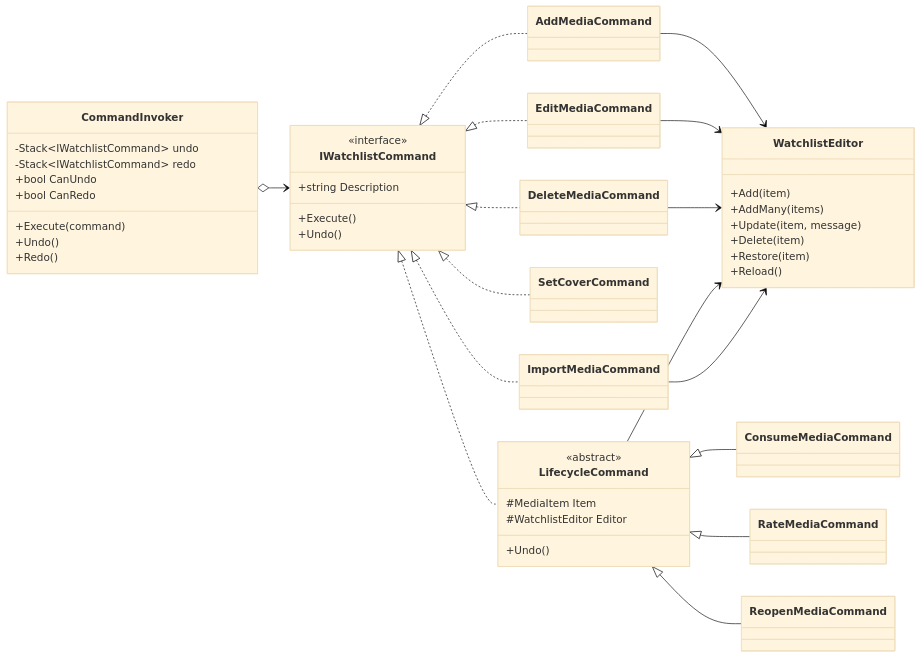
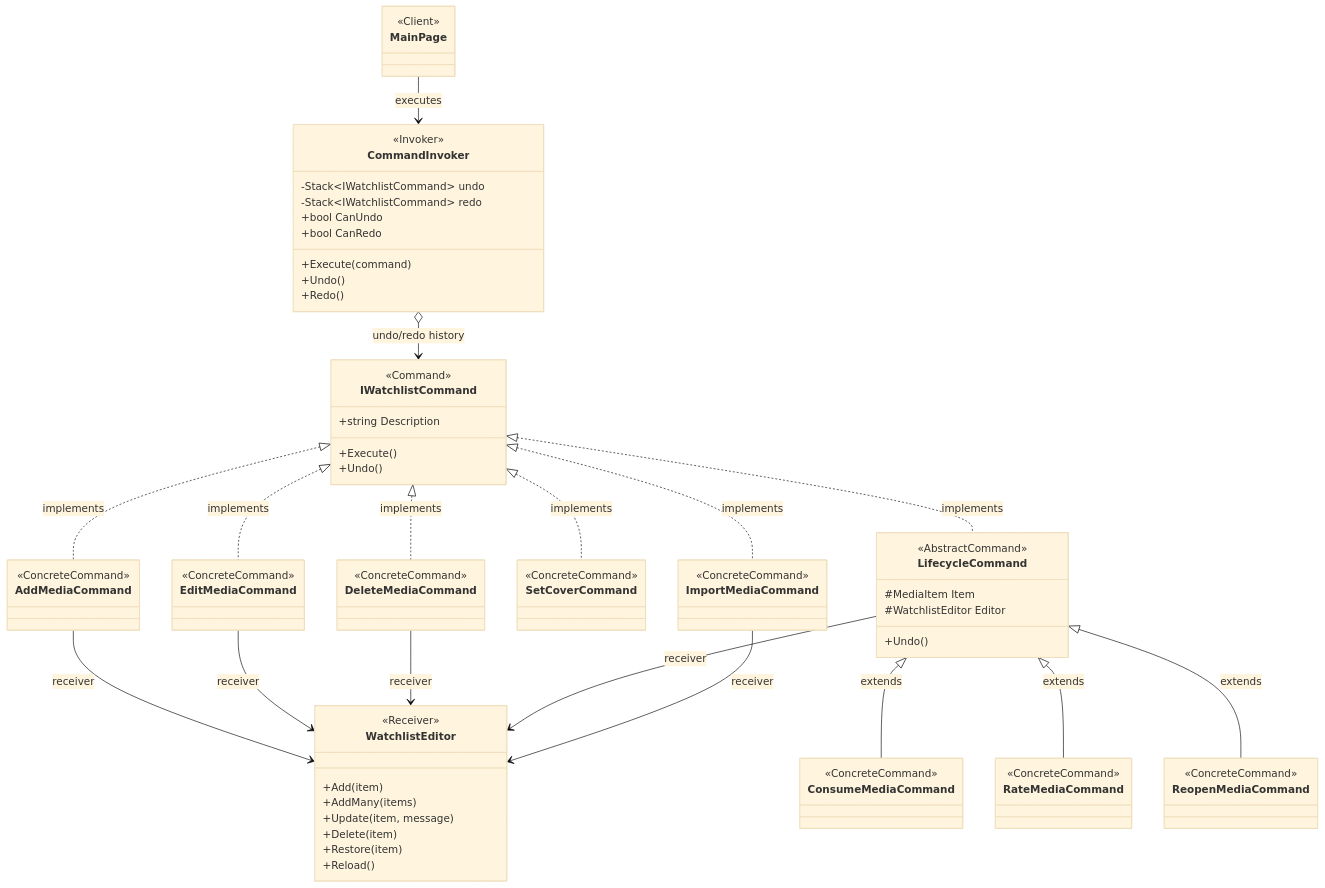
Before and after one commit to Prince-of-Nothing/TMPS-Labs: the first of 4 diagrams in Reports/Lab3.md, drawn with Mermaid (base theme). The commit also changed other lines of this file and 1 other file, not shown here.

Commit message:
docs: restyle UML diagrams with Refactoring Guru roles

````diff
--- a/Reports/Lab3.md
+++ b/Reports/Lab3.md
@@ -126,56 +129,78 @@
 ```mermaid
 classDiagram
-direction LR
-class IWatchlistCommand {
-  <<interface>>
-  +string Description
-  +Execute()
-  +Undo()
+direction TB
+class MainPage {
+  <<Client>>
 }
 class CommandInvoker {
+  <<Invoker>>
   -Stack~IWatchlistCommand~ undo
   -Stack~IWatchlistCommand~ redo
   +Execute(command)
   +Undo()
   +Redo()
   +bool CanUndo
   +bool CanRedo
 }
+class IWatchlistCommand {
+  <<Command>>
+  +string Description
+  +Execute()
+  +Undo()
+}
 class WatchlistEditor {
+  <<Receiver>>
   +Add(item)
   +AddMany(items)
   +Update(item, message)
   +Delete(item)
   +Restore(item)
   +Reload()
 }
-class AddMediaCommand
-class EditMediaCommand
-class DeleteMediaCommand
-class SetCoverCommand
-class ImportMediaCommand
+class AddMediaCommand {
+  <<ConcreteCommand>>
+}
+class EditMediaCommand {
+  <<ConcreteCommand>>
+}
+class DeleteMediaCommand {
+  <<ConcreteCommand>>
+}
+class SetCoverCommand {
+  <<ConcreteCommand>>
+}
+class ImportMediaCommand {
+  <<ConcreteCommand>>
+}
 class LifecycleCommand {
-  <<abstract>>
+  <<AbstractCommand>>
   #MediaItem Item
   #WatchlistEditor Editor
   +Undo()
 }
-class ConsumeMediaCommand
-class RateMediaCommand
-class ReopenMediaCommand
-IWatchlistCommand <|.. AddMediaCommand
-IWatchlistCommand <|.. EditMediaCommand
-IWatchlistCommand <|.. DeleteMediaCommand
-IWatchlistCommand <|.. SetCoverCommand
-IWatchlistCommand <|.. ImportMediaCommand
-IWatchlistCommand <|.. LifecycleCommand
-LifecycleCommand <|-- ConsumeMediaCommand
-LifecycleCommand <|-- RateMediaCommand
-LifecycleCommand <|-- ReopenMediaCommand
-CommandInvoker o--> IWatchlistCommand
-AddMediaCommand --> WatchlistEditor
-EditMediaCommand --> WatchlistEditor
-DeleteMediaCommand --> WatchlistEditor
-LifecycleCommand --> WatchlistEditor
-ImportMediaCommand --> WatchlistEditor
+class ConsumeMediaCommand {
+  <<ConcreteCommand>>
+}
+class RateMediaCommand {
+  <<ConcreteCommand>>
+}
+class ReopenMediaCommand {
+  <<ConcreteCommand>>
+}
+MainPage --> CommandInvoker : executes
+CommandInvoker o--> IWatchlistCommand : undo/redo history
+IWatchlistCommand <|.. AddMediaCommand : implements
+IWatchlistCommand <|.. EditMediaCommand : implements
+IWatchlistCommand <|.. DeleteMediaCommand : implements
+IWatchlistCommand <|.. SetCoverCommand : implements
+IWatchlistCommand <|.. ImportMediaCommand : implements
+IWatchlistCommand <|.. LifecycleCommand : implements
+LifecycleCommand <|-- ConsumeMediaCommand : extends
+LifecycleCommand <|-- RateMediaCommand : extends
+LifecycleCommand <|-- ReopenMediaCommand : extends
+AddMediaCommand --> WatchlistEditor : receiver
+EditMediaCommand --> WatchlistEditor : receiver
+DeleteMediaCommand --> WatchlistEditor : receiver
+LifecycleCommand --> WatchlistEditor : receiver
+ImportMediaCommand --> WatchlistEditor : receiver
 ```
````
